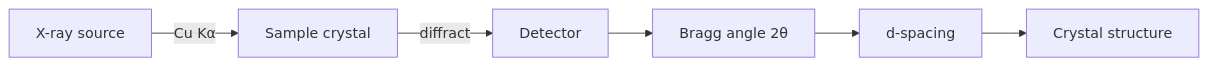
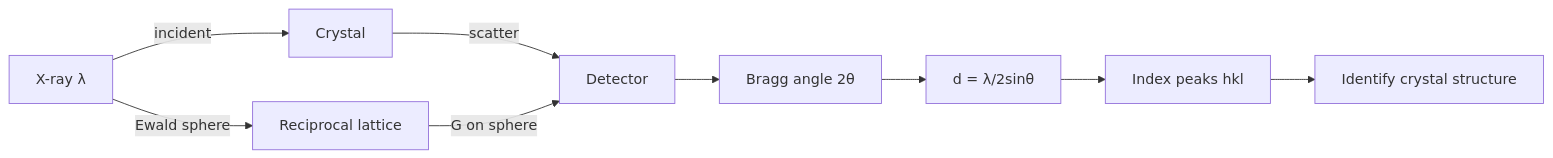
One commit to yip-lgtm/PhysicsSelfStudy changed the third of 10 diagrams in 01_BSc_Physics/electives/PHYS_3042_Crystalline_Solids/README.md. Above: the diagram before and after it, drawn with Mermaid. The commit also changed other lines of this file and 4 other files, not shown here.

````diff
--- a/01_BSc_Physics/electives/PHYS_3042_Crystalline_Solids/README.md
+++ b/01_BSc_Physics/electives/PHYS_3042_Crystalline_Solids/README.md
@@ -148,8 +248,11 @@
 ```mermaid
 graph LR
-    A[X-ray source] -->|Cu Kα| B[Sample crystal]
-    B -->|diffract| C[Detector]
+    A[X-ray λ] -->|incident| B[Crystal]
+    B -->|scatter| C[Detector]
     C --> D[Bragg angle 2θ]
-    D --> E[d-spacing]
-    E --> F[Crystal structure]
+    D --> E[d = λ/2sinθ]
+    E --> F[Index peaks hkl]
+    F --> G[Identify crystal structure]
+    A -->|Ewald sphere| H[Reciprocal lattice]
+    H -->|G on sphere| C
 ```
````
